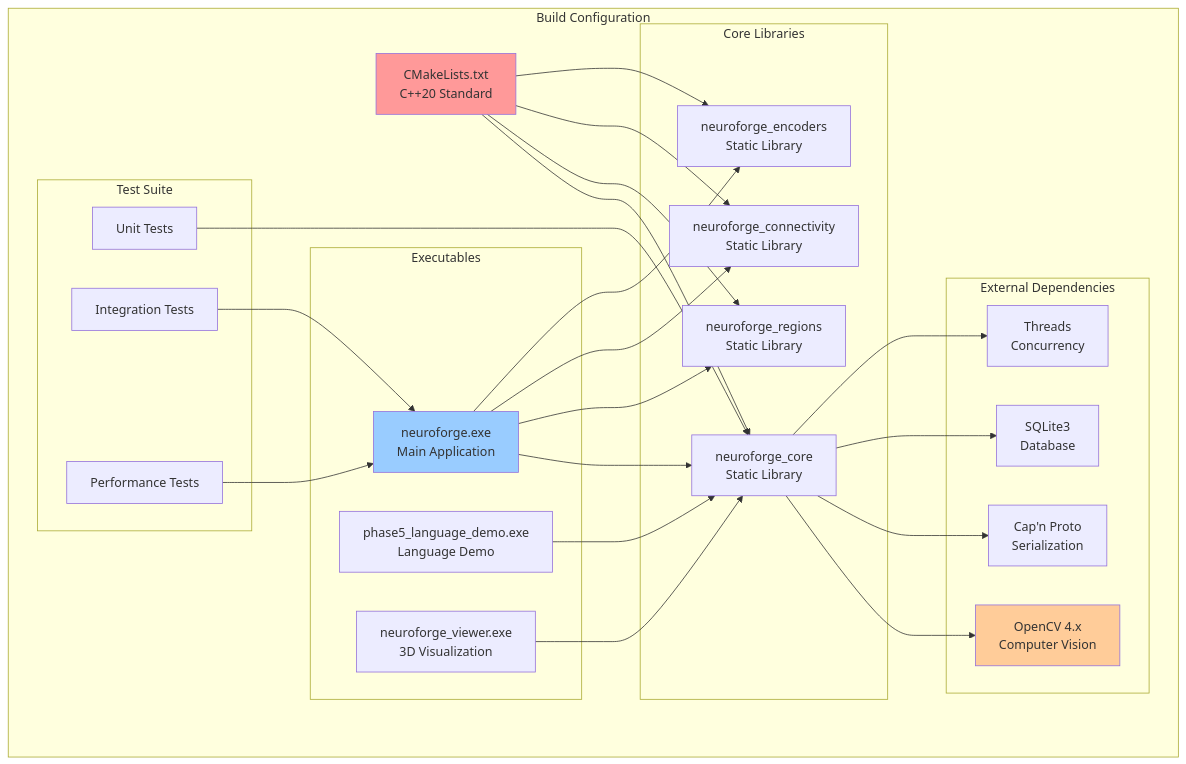
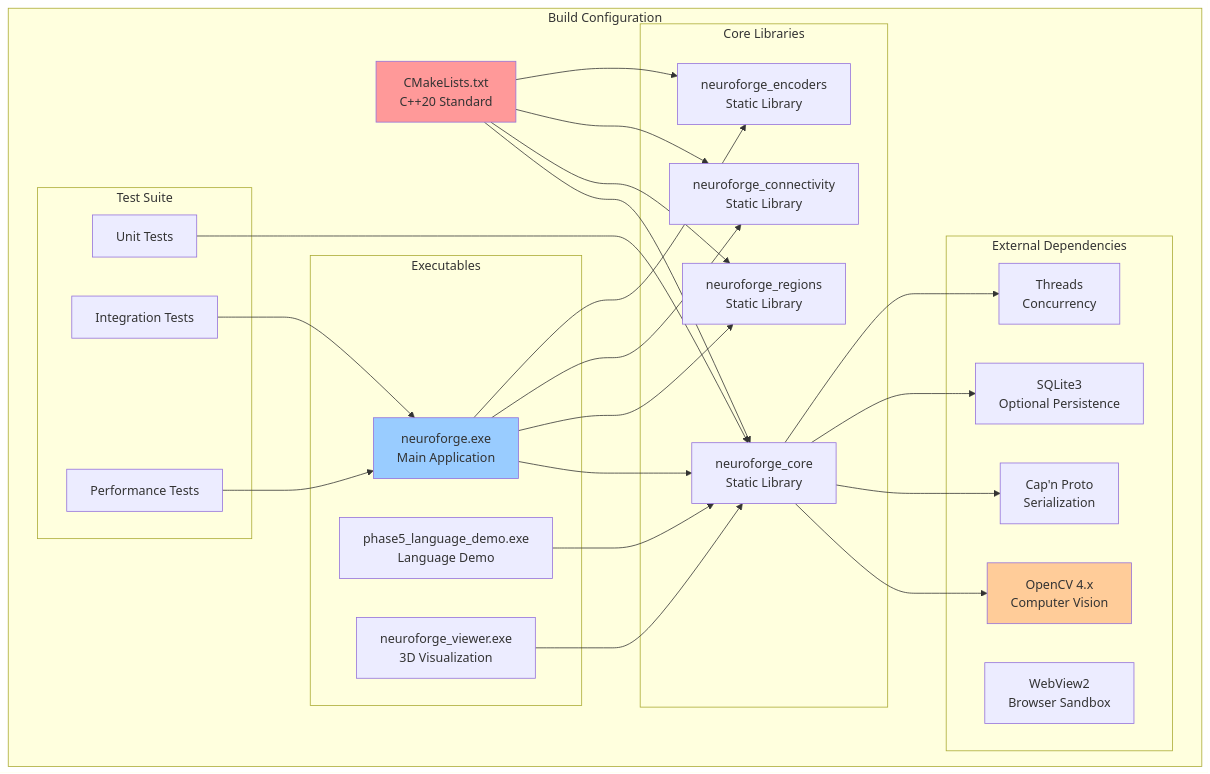
The fifth of 5 diagrams in docs/Codebase_Analysis.md (NewDawnAI/NeuroForge), drawn with Mermaid before and after one commit. The commit also changed other lines of this file and 561 other files, not shown here.

````diff
--- a/docs/Codebase_Analysis.md
+++ b/docs/Codebase_Analysis.md
@@ -234,58 +234,59 @@
 ```mermaid
 graph TB
     subgraph "Build Configuration"
         CMAKE[CMakeLists.txt<br/>C++20 Standard]
         
         subgraph "Core Libraries"
             CORE[neuroforge_core<br/>Static Library]
             REG[neuroforge_regions<br/>Static Library]
             CONN[neuroforge_connectivity<br/>Static Library]
             ENC[neuroforge_encoders<br/>Static Library]
         end
         
         subgraph "External Dependencies"
             CV[OpenCV 4.x<br/>Computer Vision]
             CP[Cap'n Proto<br/>Serialization]
-            SQ[SQLite3<br/>Database]
+            SQ[SQLite3<br/>Optional Persistence]
             THR[Threads<br/>Concurrency]
+            WV[WebView2<br/>Browser Sandbox]
         end
         
         subgraph "Executables"
             MAIN[neuroforge.exe<br/>Main Application]
             DEMO[phase5_language_demo.exe<br/>Language Demo]
             VIEW[neuroforge_viewer.exe<br/>3D Visualization]
         end
         
         subgraph "Test Suite"
             UNIT[Unit Tests]
             INT[Integration Tests]
             PERF[Performance Tests]
         end
     end
     
     CMAKE --> CORE
     CMAKE --> REG
     CMAKE --> CONN
     CMAKE --> ENC
     
     CORE --> CV
     CORE --> CP
     CORE --> SQ
     CORE --> THR
     
     MAIN --> CORE
     MAIN --> REG
     MAIN --> CONN
     MAIN --> ENC
     
     DEMO --> CORE
     VIEW --> CORE
     
     UNIT --> CORE
     INT --> MAIN
     PERF --> MAIN
     
     style CMAKE fill:#ff9999
     style MAIN fill:#99ccff
     style CV fill:#ffcc99
 ```
````
